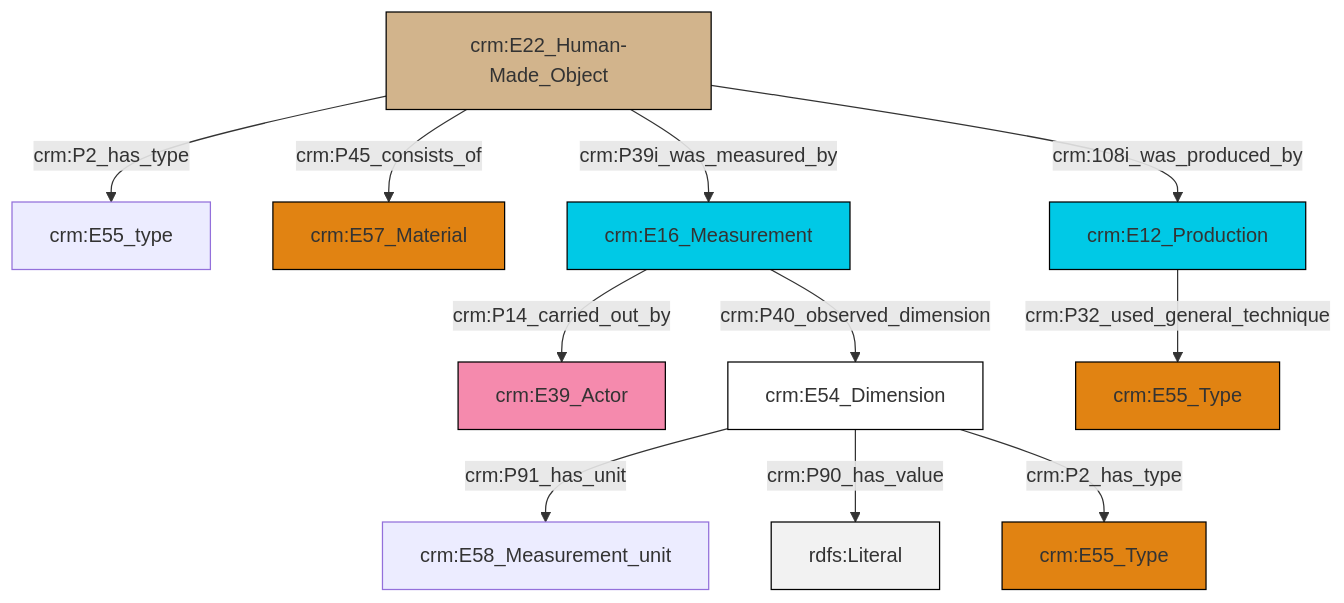
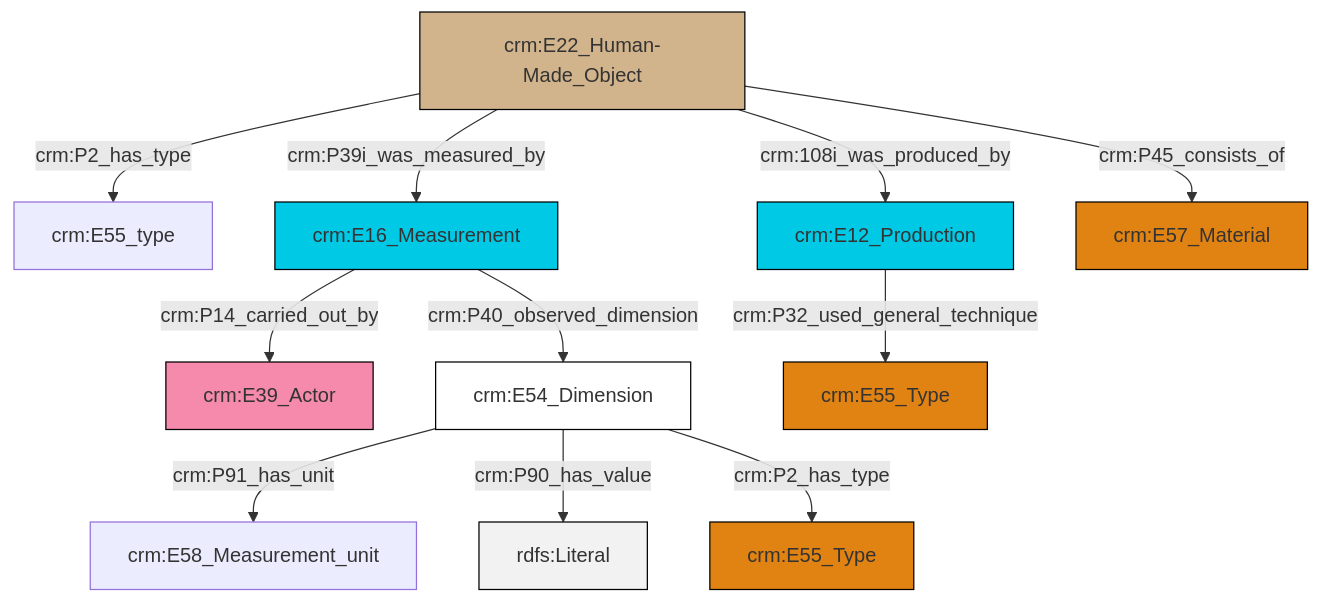
The diagram in et/artworkCSV/ttl/mmd/Artwork_substance.ttl.mmd (swiss-art-research-net/docs.swissartresearch), drawn with Mermaid before and after one commit. The commit also changed 175 other files, not shown here.

```diff
--- a/et/artworkCSV/ttl/mmd/Artwork_substance.ttl.mmd
+++ b/et/artworkCSV/ttl/mmd/Artwork_substance.ttl.mmd
@@ -1,25 +1,25 @@
 graph TD
 classDef Literal fill:#f2f2f2,stroke:#000000;
 classDef CRM_Entity fill:#FFFFFF,stroke:#000000;
 classDef Temporal_Entity fill:#00C9E6, stroke:#000000;
 classDef Type fill:#E18312, stroke:#000000;
 classDef Time-Span fill:#2C9C91, stroke:#000000;
 classDef Appellation fill:#FFEB7F, stroke:#000000;
 classDef Place fill:#008836, stroke:#000000;
 classDef Persistent_Item fill:#B266B2, stroke:#000000;
 classDef Conceptual_Object fill:#FFD700, stroke:#000000;
 classDef Physical_Thing fill:#D2B48C, stroke:#000000;
 classDef Actor fill:#f58aad, stroke:#000000;
 classDef PC_Classes fill:#4ce600, stroke:#000000;
 classDef Multi fill:#cccccc,stroke:#000000;
 
-2["crm:E22_Human-Made_Object"]:::Physical_Thing -->|crm:P2_has_type| 3["crm:E55_type"]:::Default
-2["crm:E22_Human-Made_Object"]:::Physical_Thing -->|crm:P45_consists_of| 4["crm:E57_Material"]:::Type
-2["crm:E22_Human-Made_Object"]:::Physical_Thing -->|crm:P39i_was_measured_by| 5["crm:E16_Measurement"]:::Temporal_Entity
-6["crm:E54_Dimension"]:::CRM_Entity -->|crm:P91_has_unit| 7["crm:E58_Measurement_unit"]:::Default
-5["crm:E16_Measurement"]:::Temporal_Entity -->|crm:P40_observed_dimension| 6["crm:E54_Dimension"]:::CRM_Entity
-5["crm:E16_Measurement"]:::Temporal_Entity -->|crm:P14_carried_out_by| 0["crm:E39_Actor"]:::Actor
-11["crm:E12_Production"]:::Temporal_Entity -->|crm:P32_used_general_technique| 12["crm:E55_Type"]:::Type
-6["crm:E54_Dimension"]:::CRM_Entity -->|crm:P90_has_value| 14[rdfs:Literal]:::Literal
-2["crm:E22_Human-Made_Object"]:::Physical_Thing -->|crm:108i_was_produced_by| 11["crm:E12_Production"]:::Temporal_Entity
-6["crm:E54_Dimension"]:::CRM_Entity -->|crm:P2_has_type| 9["crm:E55_Type"]:::Type
+0["crm:E22_Human-Made_Object"]:::Physical_Thing -->|crm:P2_has_type| 1["crm:E55_type"]:::Default
+2["crm:E16_Measurement"]:::Temporal_Entity -->|crm:P14_carried_out_by| 3["crm:E39_Actor"]:::Actor
+5["crm:E54_Dimension"]:::CRM_Entity -->|crm:P91_has_unit| 6["crm:E58_Measurement_unit"]:::Default
+0["crm:E22_Human-Made_Object"]:::Physical_Thing -->|crm:P45_consists_of| 12["crm:E57_Material"]:::Type
+0["crm:E22_Human-Made_Object"]:::Physical_Thing -->|crm:108i_was_produced_by| 7["crm:E12_Production"]:::Temporal_Entity
+5["crm:E54_Dimension"]:::CRM_Entity -->|crm:P90_has_value| 17[rdfs:Literal]:::Literal
+5["crm:E54_Dimension"]:::CRM_Entity -->|crm:P2_has_type| 14["crm:E55_Type"]:::Type
+7["crm:E12_Production"]:::Temporal_Entity -->|crm:P32_used_general_technique| 9["crm:E55_Type"]:::Type
+2["crm:E16_Measurement"]:::Temporal_Entity -->|crm:P40_observed_dimension| 5["crm:E54_Dimension"]:::CRM_Entity
+0["crm:E22_Human-Made_Object"]:::Physical_Thing -->|crm:P39i_was_measured_by| 2["crm:E16_Measurement"]:::Temporal_Entity
```
